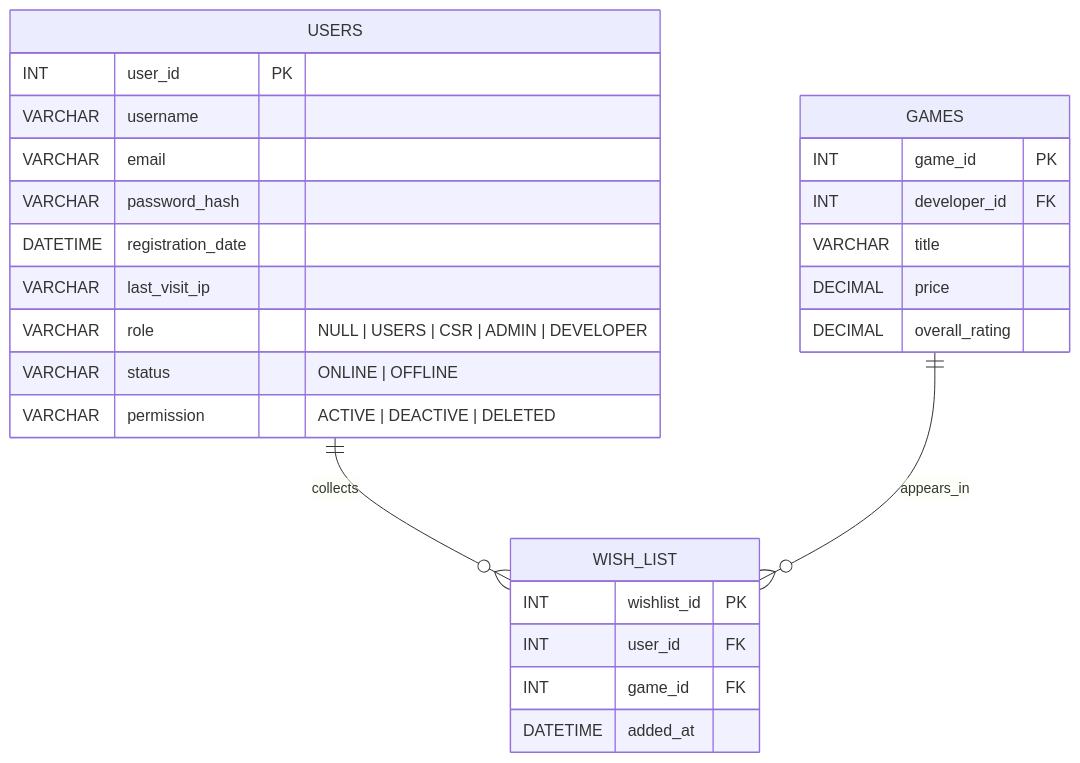
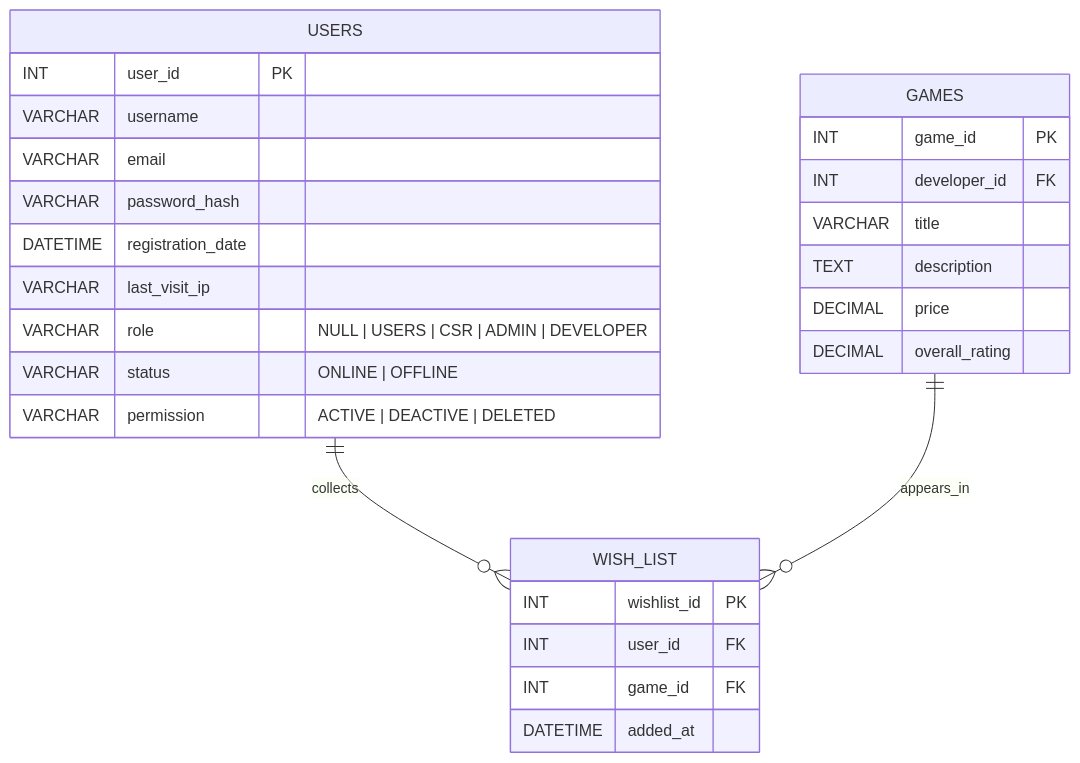
Before and after one commit to willie6666/dbms: the diagram in mermaid/mermaid_modules/06_Wish_List.mermaid, drawn with Mermaid. The commit also changed 7 other files, not shown here.

```diff
--- a/mermaid/mermaid_modules/06_Wish_List.mermaid
+++ b/mermaid/mermaid_modules/06_Wish_List.mermaid
@@ -1,28 +1,29 @@
 erDiagram
     USERS {
         INT user_id PK
         VARCHAR username
         VARCHAR email
         VARCHAR password_hash
         DATETIME registration_date
         VARCHAR last_visit_ip
         VARCHAR role "NULL | USERS | CSR | ADMIN | DEVELOPER"
         VARCHAR status "ONLINE | OFFLINE"
         VARCHAR permission "ACTIVE | DEACTIVE | DELETED"
     }
     GAMES {
         INT game_id PK
         INT developer_id FK
         VARCHAR title
+        TEXT description
         DECIMAL price
         DECIMAL overall_rating
     }
     WISH_LIST {
         INT wishlist_id PK
         INT user_id FK
         INT game_id FK
         DATETIME added_at
     }
 
     USERS ||--o{ WISH_LIST : collects
     GAMES ||--o{ WISH_LIST : appears_in
```
